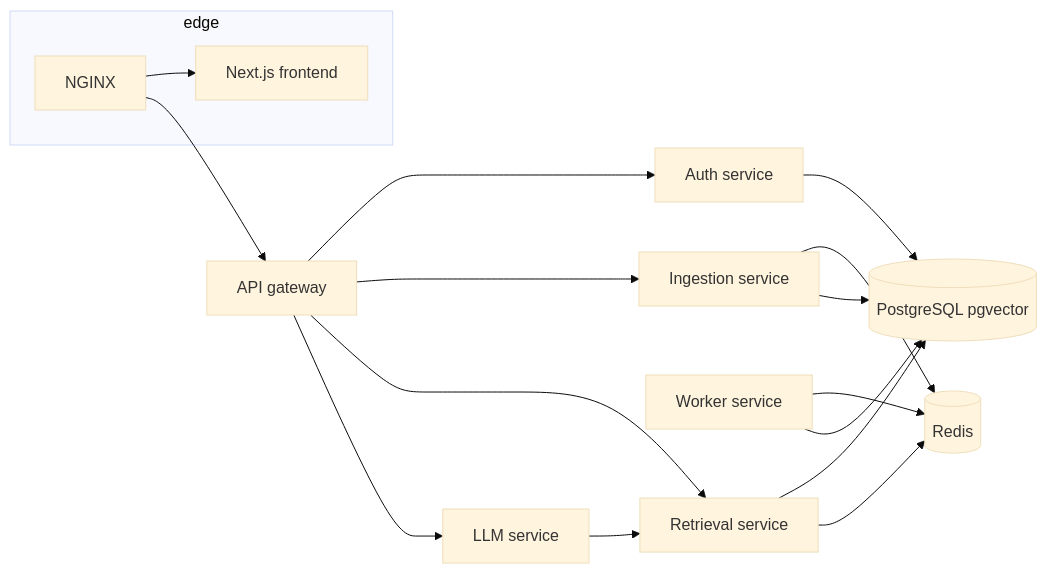
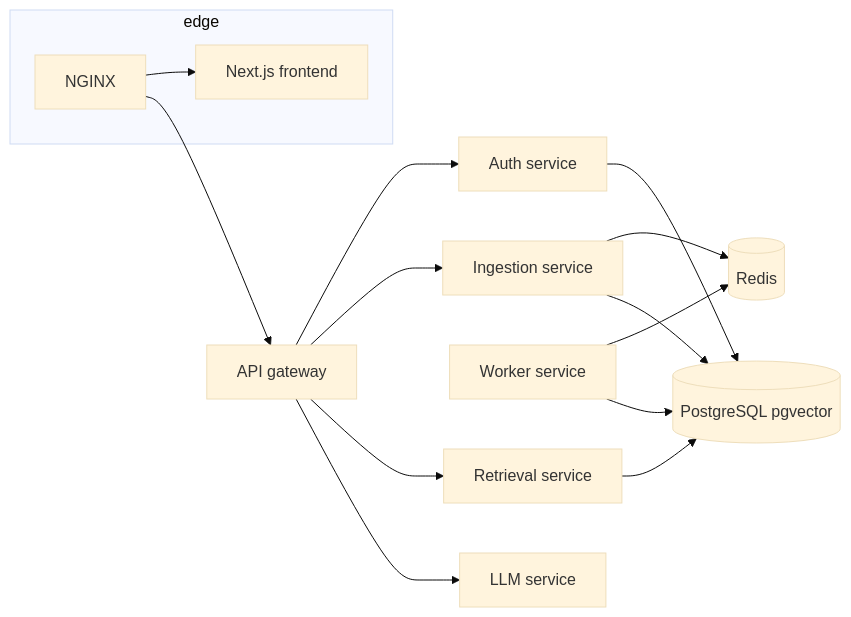
The diagram in docs/repository-structure.md (mohazab2006/KnowledgeMesh), drawn with Mermaid (base theme) before and after one commit. The commit also changed other lines of this file and 11 other files, not shown here.

````diff
--- a/docs/repository-structure.md
+++ b/docs/repository-structure.md
@@ -7,30 +7,28 @@
 ```mermaid
 flowchart LR
   subgraph edge
     NGINX[NGINX]
     FE[Next.js frontend]
   end
   GW[API gateway]
   AUTH[Auth service]
   ING[Ingestion service]
   W[Worker service]
   RET[Retrieval service]
   LLM[LLM service]
   PG[(PostgreSQL pgvector)]
   R[(Redis)]
 
   NGINX --> FE
   NGINX --> GW
   GW --> AUTH
   GW --> ING
   GW --> RET
   GW --> LLM
   ING --> R
   W --> R
   W --> PG
   RET --> PG
-  RET --> R
-  LLM --> RET
   AUTH --> PG
   ING --> PG
 ```
````
